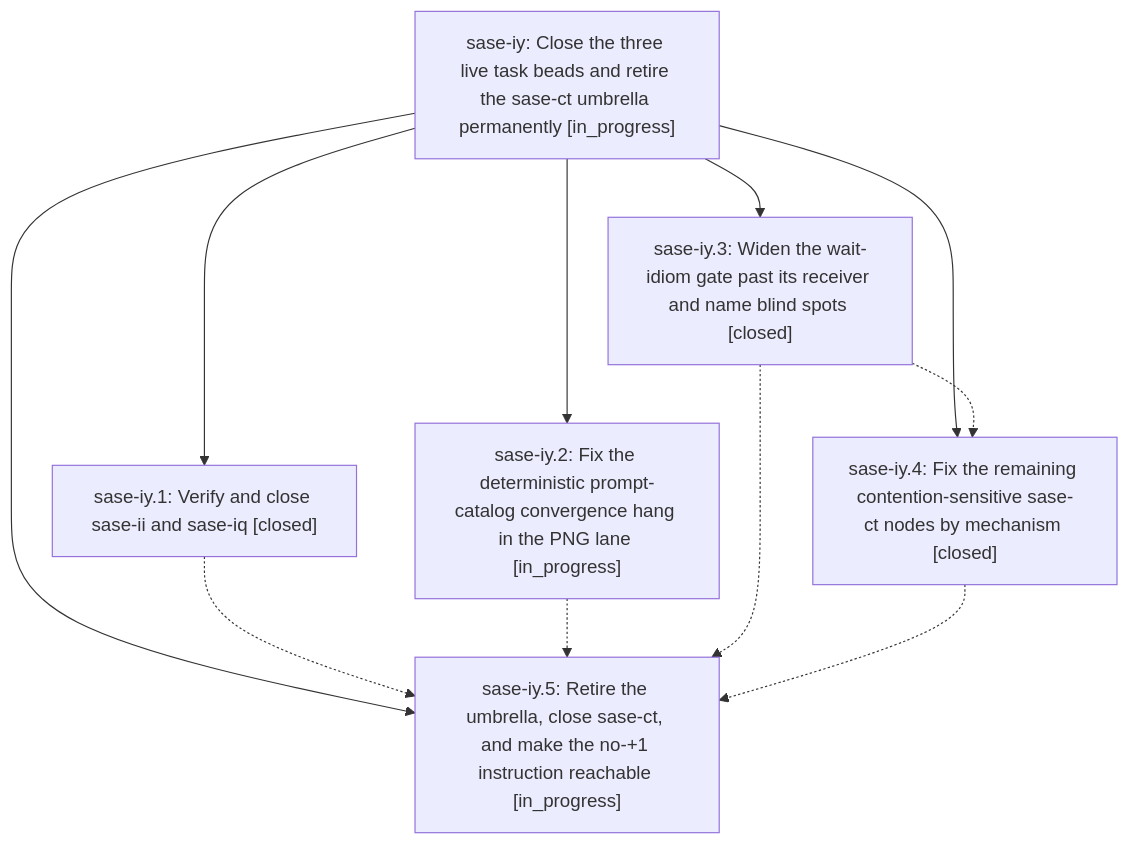
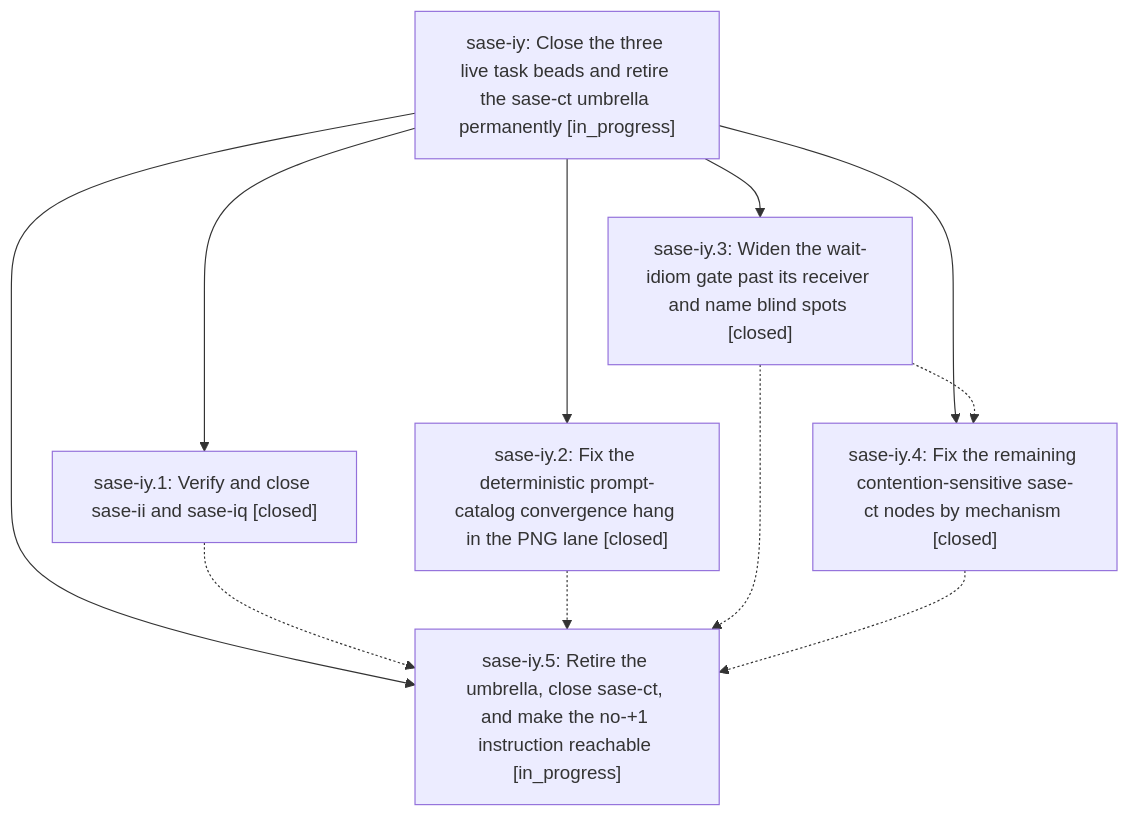
Before and after one commit to sase-org/sase--beads: the diagram in pages/sase-iy/README.md, drawn with Mermaid. The commit also changed other lines of this file and 2 other files, not shown here.

First line of the commit message:
chore(beads): sync bead state and pages for sase-iy

````diff
--- a/pages/sase-iy/README.md
+++ b/pages/sase-iy/README.md
@@ -30,19 +30,19 @@
 ```mermaid
 flowchart TD
     n0["sase-iy: Close the three live task beads and retire the sase-ct umbrella permanently [in_progress]"]
     n1["sase-iy.1: Verify and close sase-ii and sase-iq [closed]"]
-    n2["sase-iy.2: Fix the deterministic prompt-catalog convergence hang in the PNG lane [in_progress]"]
+    n2["sase-iy.2: Fix the deterministic prompt-catalog convergence hang in the PNG lane [closed]"]
     n3["sase-iy.3: Widen the wait-idiom gate past its receiver and name blind spots [closed]"]
     n4["sase-iy.4: Fix the remaining contention-sensitive sase-ct nodes by mechanism [closed]"]
     n5["sase-iy.5: Retire the umbrella, close sase-ct, and make the no-+1 instruction reachable [in_progress]"]
     n0 --> n1
     n0 --> n2
     n0 --> n3
     n0 --> n4
     n0 --> n5
     n1 -.-> n5
     n2 -.-> n5
     n3 -.-> n4
     n3 -.-> n5
     n4 -.-> n5
 ```
````
